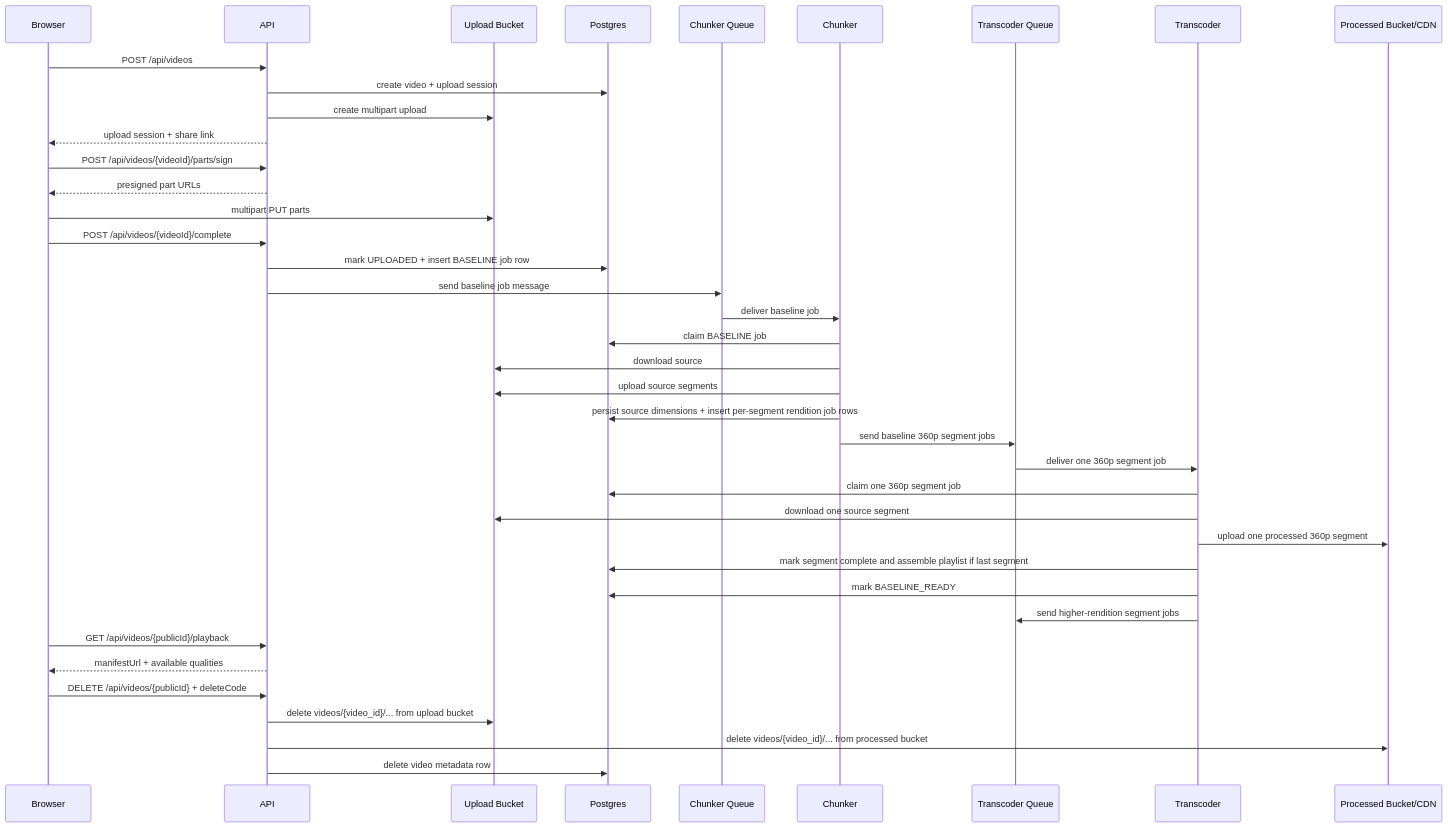
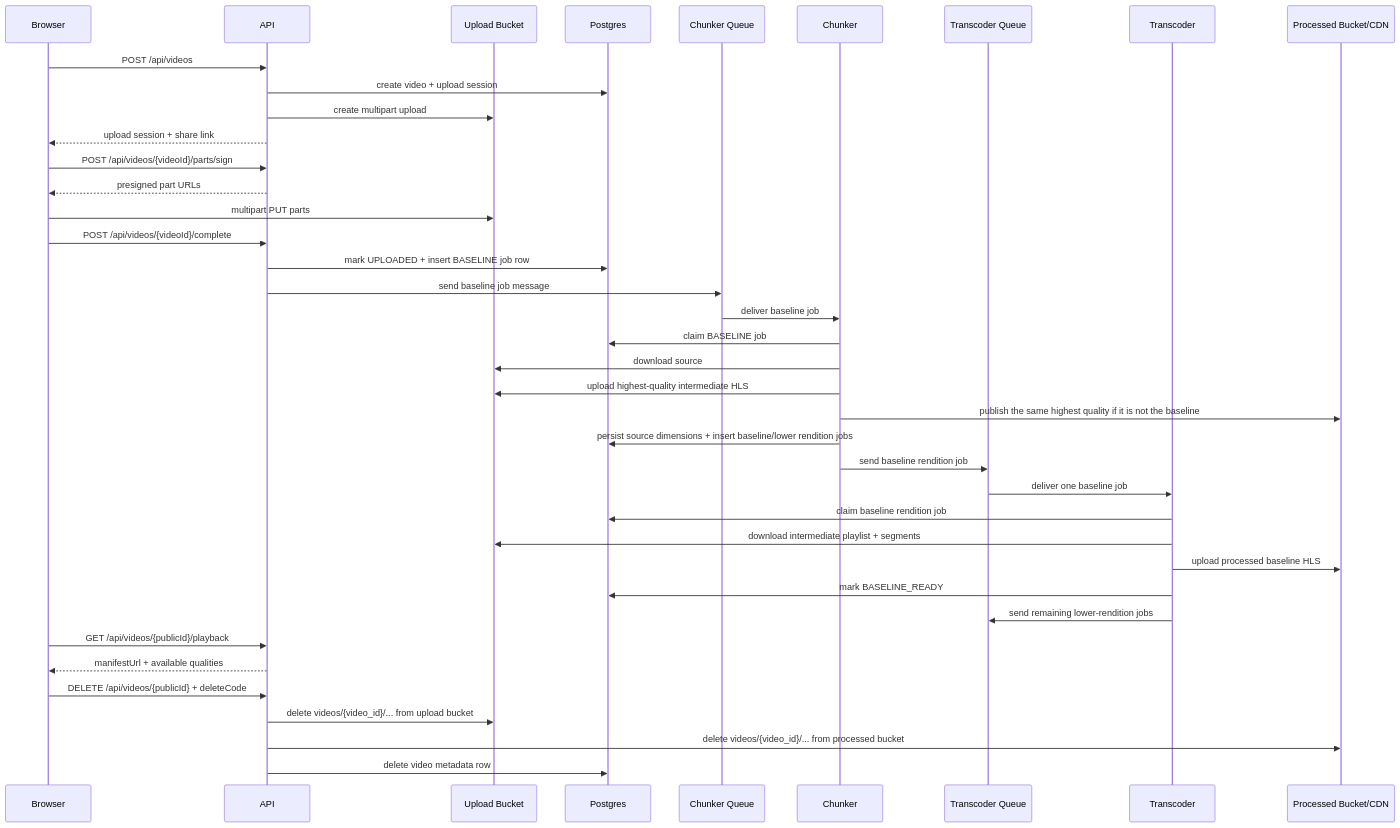
The second of 2 diagrams in docs/architecture.md (rafal01010/vid-archi), drawn with Mermaid before and after one commit. The commit also changed other lines of this file and 5 other files, not shown here.

````diff
--- a/docs/architecture.md
+++ b/docs/architecture.md
@@ -43,42 +44,42 @@
 ```mermaid
 sequenceDiagram
     participant U as Browser
     participant A as API
     participant S as Upload Bucket
     participant D as Postgres
     participant Qc as Chunker Queue
     participant C as Chunker
     participant Qt as Transcoder Queue
     participant T as Transcoder
     participant P as Processed Bucket/CDN
 
     U->>A: POST /api/videos
     A->>D: create video + upload session
     A->>S: create multipart upload
     A-->>U: upload session + share link
     U->>A: POST /api/videos/{videoId}/parts/sign
     A-->>U: presigned part URLs
     U->>S: multipart PUT parts
     U->>A: POST /api/videos/{videoId}/complete
     A->>D: mark UPLOADED + insert BASELINE job row
     A->>Qc: send baseline job message
     Qc->>C: deliver baseline job
     C->>D: claim BASELINE job
     C->>S: download source
-    C->>S: upload source segments
-    C->>D: persist source dimensions + insert per-segment rendition job rows
-    C->>Qt: send baseline 360p segment jobs
-    Qt->>T: deliver one 360p segment job
-    T->>D: claim one 360p segment job
-    T->>S: download one source segment
-    T->>P: upload one processed 360p segment
-    T->>D: mark segment complete and assemble playlist if last segment
+    C->>S: upload highest-quality intermediate HLS
+    C->>P: publish the same highest quality if it is not the baseline
+    C->>D: persist source dimensions + insert baseline/lower rendition jobs
+    C->>Qt: send baseline rendition job
+    Qt->>T: deliver one baseline job
+    T->>D: claim baseline rendition job
+    T->>S: download intermediate playlist + segments
+    T->>P: upload processed baseline HLS
     T->>D: mark BASELINE_READY
-    T->>Qt: send higher-rendition segment jobs
+    T->>Qt: send remaining lower-rendition jobs
     U->>A: GET /api/videos/{publicId}/playback
     A-->>U: manifestUrl + available qualities
     U->>A: DELETE /api/videos/{publicId} + deleteCode
     A->>S: delete videos/{video_id}/... from upload bucket
     A->>P: delete videos/{video_id}/... from processed bucket
     A->>D: delete video metadata row
 ```
````
